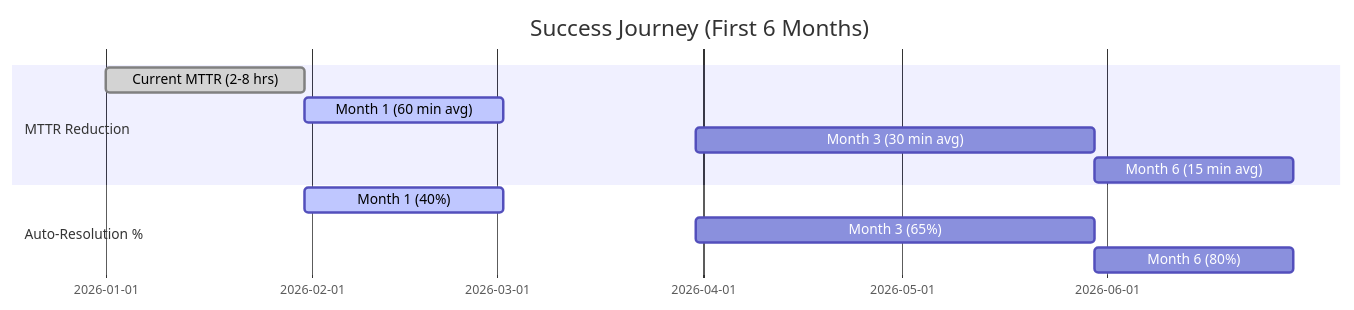
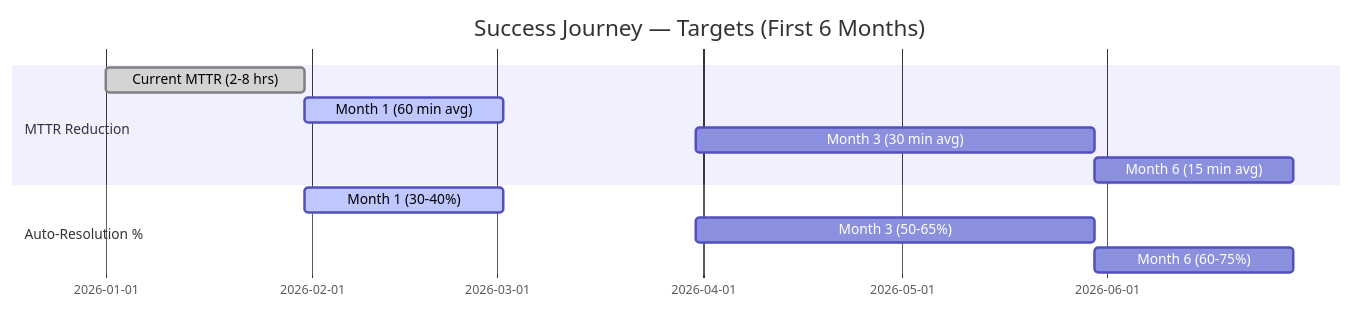
Before and after one commit to mayankgupta7673/Continuum-Ops: the sixth of 6 diagrams in docs/00-Product-Overview.md, drawn with Mermaid. The commit also changed other lines of this file and 2 other files, not shown here.

````diff
--- a/docs/00-Product-Overview.md
+++ b/docs/00-Product-Overview.md
@@ -255,15 +263,15 @@
 ```mermaid
 gantt
-    title Success Journey (First 6 Months)
+    title Success Journey — Targets (First 6 Months)
     dateFormat YYYY-MM-DD
     section MTTR Reduction
     Current MTTR (2-8 hrs)    :done, baseline, 2026-01-01, 30d
     Month 1 (60 min avg)      :active, m1, 2026-01-31, 30d
     Month 3 (30 min avg)      :m3, 2026-03-31, 60d
     Month 6 (15 min avg)      :m6, 2026-05-30, 30d
     
     section Auto-Resolution %
-    Month 1 (40%)             :active, a1, 2026-01-31, 30d
-    Month 3 (65%)             :a3, 2026-03-31, 60d
-    Month 6 (80%)             :a6, 2026-05-30, 30d
+    Month 1 (30-40%)          :active, a1, 2026-01-31, 30d
+    Month 3 (50-65%)          :a3, 2026-03-31, 60d
+    Month 6 (60-75%)          :a6, 2026-05-30, 30d
 ```
````
